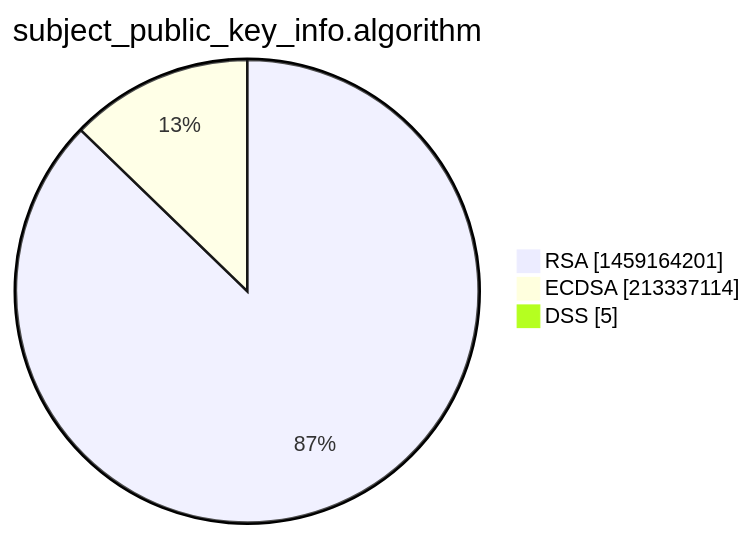
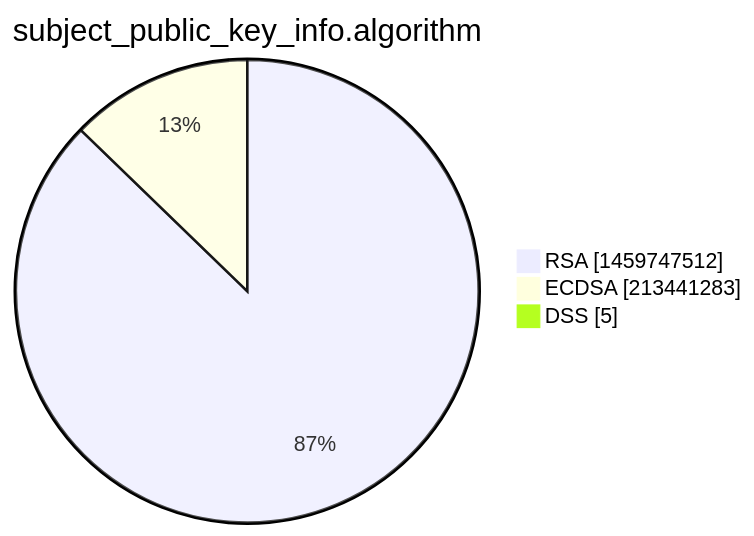
The third of 15 diagrams in xenon2022/README.md (christiankrug/ctmonitor_visualization), drawn with Mermaid before and after one commit. The commit also changed other lines of this file, not shown here.

````diff
--- a/xenon2022/README.md
+++ b/xenon2022/README.md
@@ -14,7 +14,7 @@
 ```mermaid
 pie showData
 title subject_public_key_info.algorithm
-"RSA" :1459164201
-"ECDSA" :213337114
+"RSA" :1459747512
+"ECDSA" :213441283
 "DSS" :5
 ```
````
